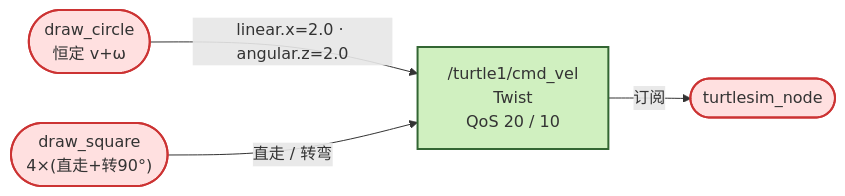
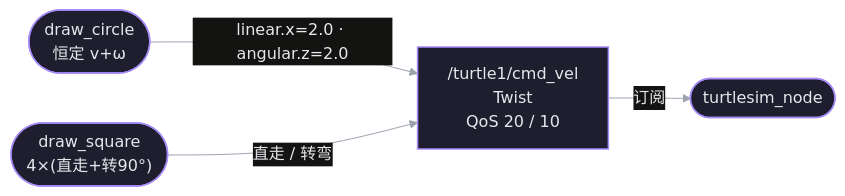
One commit to Korotomx/STD changed the first of 2 diagrams in ROS2/STDY/Projects/turtle_draw_项目总结.md. Above: the diagram before and after it, drawn with Mermaid. The commit also changed other lines of this file and 51 other files, not shown here.

````diff
--- a/ROS2/STDY/Projects/turtle_draw_项目总结.md
+++ b/ROS2/STDY/Projects/turtle_draw_项目总结.md
@@ -21,16 +21,17 @@
 ```mermaid
+%%{init: {'theme':'base','themeCSS':'.nodeLabel{color:#E5E7EB!important;fill:#E5E7EB!important}.edgeLabel p{background-color:#131312!important}.edgeLabel{color:#E5E7EB!important}svg{background:transparent!important}','themeVariables':{'primaryColor':'#1E1E2E','primaryTextColor':'#E5E7EB','primaryBorderColor':'#A78BFA','secondaryColor':'#1E1E2E','tertiaryColor':'#1E1E2E','lineColor':'#9CA3AF','textColor':'#E5E7EB','mainBkg':'#1E1E2E','nodeBorder':'#A78BFA','clusterBkg':'#131312','clusterBorder':'#3A3A4A','edgeLabelBackground':'#131312','actorBkg':'#1E1E2E','actorBorder':'#A78BFA','actorTextColor':'#E5E7EB','actorLineColor':'#9CA3AF','signalColor':'#9CA3AF','signalTextColor':'#E5E7EB','labelBoxBkgColor':'#1E1E2E','labelBoxBorderColor':'#A78BFA','labelTextColor':'#E5E7EB','loopTextColor':'#E5E7EB','noteBkgColor':'#1E1E2E','noteBorderColor':'#A78BFA','noteTextColor':'#E5E7EB','stateBkg':'#1E1E2E','stateBorder':'#A78BFA','stateTextColor':'#E5E7EB','transitionColor':'#9CA3AF','transitionLabelColor':'#E5E7EB','fontFamily':'Noto Sans CJK SC, sans-serif','fontSize':'16px'}}}%%
 flowchart LR
     N1(["draw_circle<br/>恒定 v+ω"])
     N2(["draw_square<br/>4×(直走+转90°)"])
     T["/turtle1/cmd_vel<br/>Twist<br/>QoS 20 / 10"]
     S(["turtlesim_node"])
 
     N1 -->|"linear.x=2.0 · angular.z=2.0"| T
     N2 -->|"直走 / 转弯"| T
     T -->|订阅| S
 
-    classDef node fill:#ffe0e0,stroke:#c33,stroke-width:2px;
-    classDef topic fill:#d0f0c0,stroke:#363,stroke-width:2px;
     class N1,N2,S node;
     class T topic;
+classDef default fill:#1E1E2E,stroke:#A78BFA,stroke-width:1.5px,color:#E5E7EB
+linkStyle default stroke:#9CA3AF
 ```
````
